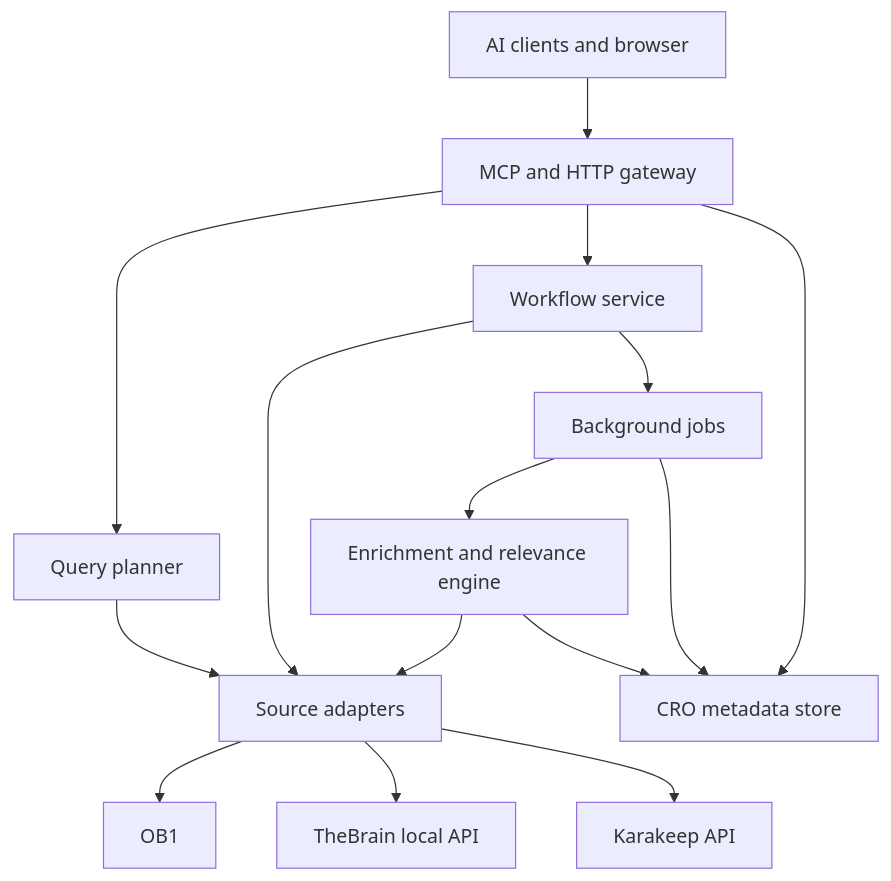
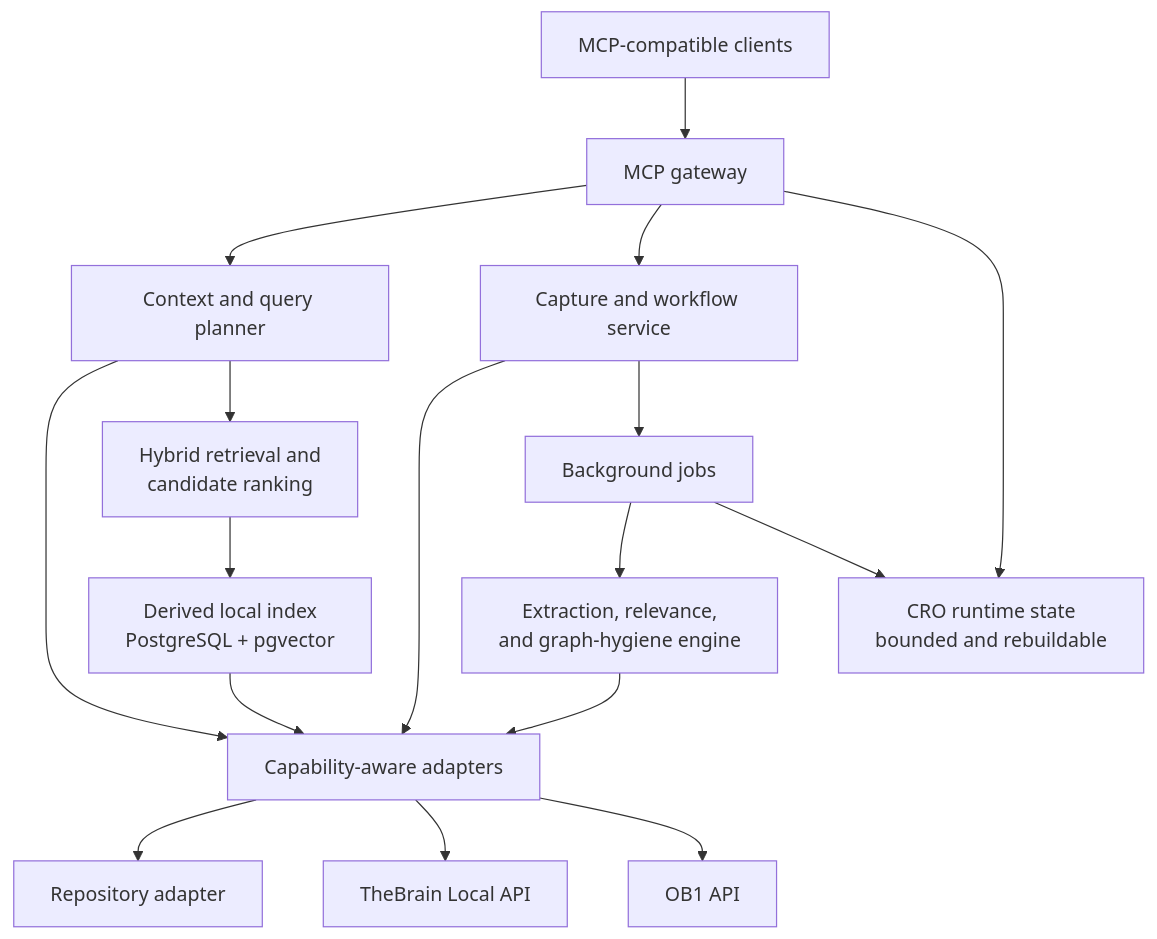
Before and after one commit to KeithBarrows/Cognitive-Research-Orchestrator: the second of 5 diagrams in docs/README.md, drawn with Mermaid. The commit also changed other lines of this file and 13 other files, not shown here.

First line of the commit message:
📐 Establish CRO architecture and capability baseline

````diff
--- a/docs/README.md
+++ b/docs/README.md
@@ -171,17 +155,19 @@
 ```mermaid
 flowchart TB
-    C["AI clients and browser"] --> G["MCP and HTTP gateway"]
-    G --> Q["Query planner"]
-    G --> W["Workflow service"]
-    Q --> A["Source adapters"]
+    C["MCP-compatible clients"] --> G["MCP gateway"]
+    G --> Q["Context and query planner"]
+    G --> W["Capture and workflow service"]
+    Q --> A["Capability-aware adapters"]
     W --> A
-    A --> O["OB1"]
-    A --> T["TheBrain local API"]
-    A --> K["Karakeep API"]
+    Q --> H["Hybrid retrieval and<br/>candidate ranking"]
+    H --> I["Derived local index<br/>PostgreSQL + pgvector"]
+    I --> A
+    A --> R["Repository adapter"]
+    A --> T["TheBrain Local API"]
+    A --> O["OB1 API"]
     W --> J["Background jobs"]
-    J --> E["Enrichment and relevance engine"]
+    J --> E["Extraction, relevance,<br/>and graph-hygiene engine"]
     E --> A
-    G --> D["CRO metadata store"]
+    G --> D["CRO runtime state<br/>bounded and rebuildable"]
     J --> D
-    E --> D
 ```
````
